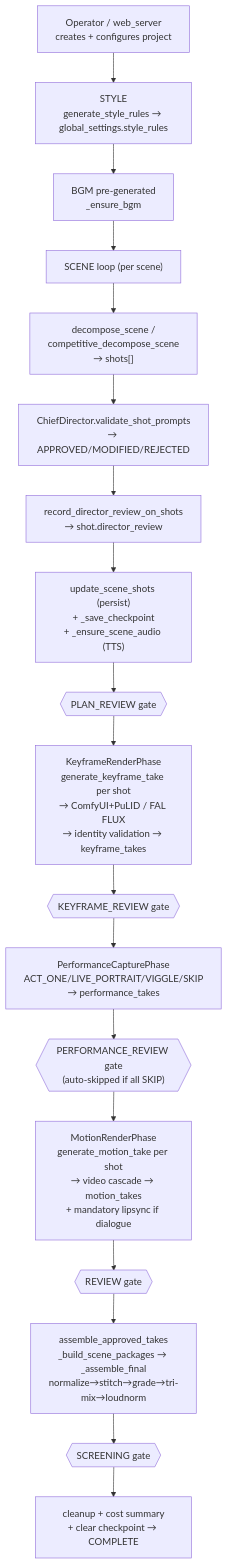
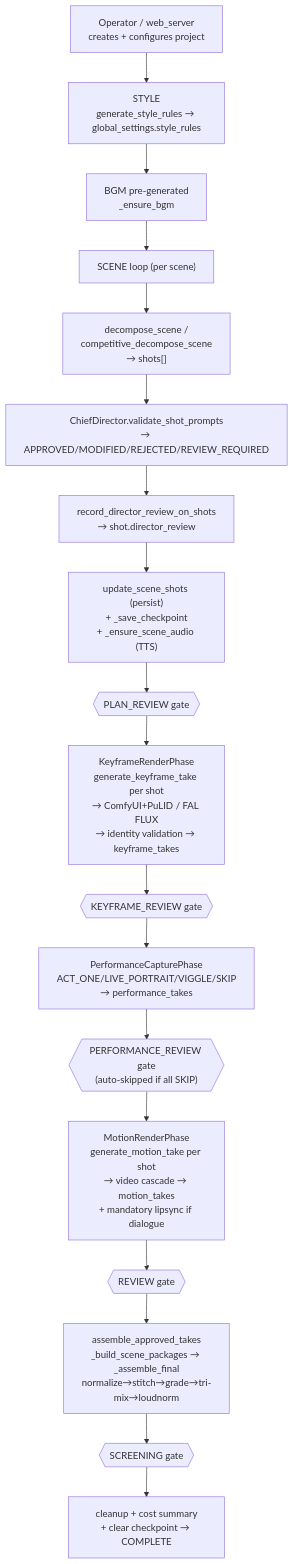
The seventh of 12 diagrams in docs/PROGRAM-MANUAL.md (hkk009008-svg/content), drawn with Mermaid before and after one commit. The commit also changed other lines of this file and 173 other files, not shown here.

````diff
--- a/docs/PROGRAM-MANUAL.md
+++ b/docs/PROGRAM-MANUAL.md
@@ -1345,20 +1350,20 @@
 ```mermaid
 flowchart TD
     A["Operator / web_server<br/>creates + configures project"] --> B["STYLE<br/>generate_style_rules → global_settings.style_rules"]
     B --> C["BGM pre-generated<br/>_ensure_bgm"]
     C --> D["SCENE loop (per scene)"]
     D --> D1["decompose_scene /<br/>competitive_decompose_scene<br/>→ shots[]"]
-    D1 --> D2["ChiefDirector.validate_shot_prompts<br/>→ APPROVED/MODIFIED/REJECTED"]
+    D1 --> D2["ChiefDirector.validate_shot_prompts<br/>→ APPROVED/MODIFIED/REJECTED/REVIEW_REQUIRED"]
     D2 --> D3["record_director_review_on_shots<br/>→ shot.director_review"]
     D3 --> D4["update_scene_shots (persist)<br/>+ _save_checkpoint<br/>+ _ensure_scene_audio (TTS)"]
     D4 --> G1{{"PLAN_REVIEW gate"}}
     G1 --> E["KeyframeRenderPhase<br/>generate_keyframe_take per shot<br/>→ ComfyUI+PuLID / FAL FLUX<br/>→ identity validation → keyframe_takes"]
     E --> G2{{"KEYFRAME_REVIEW gate"}}
     G2 --> F["PerformanceCapturePhase<br/>ACT_ONE/LIVE_PORTRAIT/VIGGLE/SKIP<br/>→ performance_takes"]
     F --> G3{{"PERFORMANCE_REVIEW gate<br/>(auto-skipped if all SKIP)"}}
     G3 --> H["MotionRenderPhase<br/>generate_motion_take per shot<br/>→ video cascade → motion_takes<br/>+ mandatory lipsync if dialogue"]
     H --> G4{{"REVIEW gate"}}
     G4 --> I["assemble_approved_takes<br/>_build_scene_packages → _assemble_final<br/>normalize→stitch→grade→tri-mix→loudnorm"]
     I --> G5{{"SCREENING gate"}}
     G5 --> J["cleanup + cost summary<br/>+ clear checkpoint → COMPLETE"]
 ```
````
